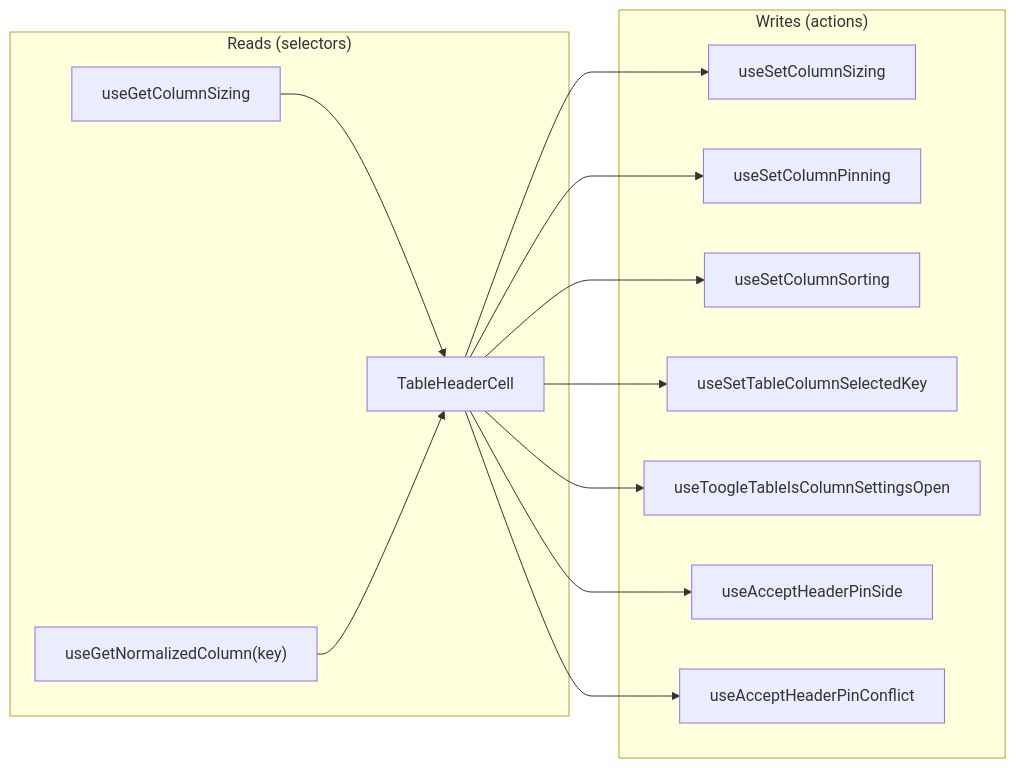
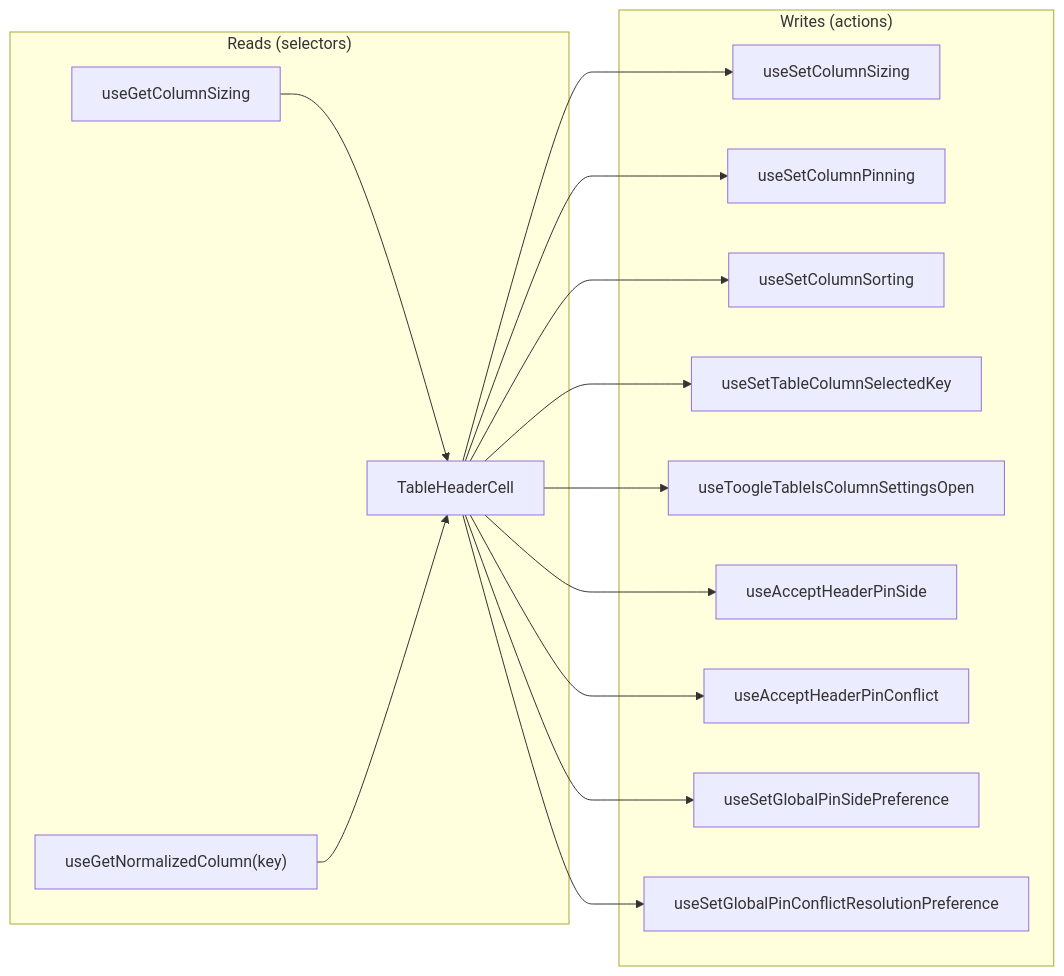
One commit to luciocabrera/lcabrera-stack changed the first of 3 diagrams in apps/react-router/src/components/Table/TableHeaderCell/ARCHITECTURE.md. Above: the diagram before and after it, drawn with Mermaid. The commit also changed other lines of this file and 47 other files, not shown here.

````diff
--- a/apps/react-router/src/components/Table/TableHeaderCell/ARCHITECTURE.md
+++ b/apps/react-router/src/components/Table/TableHeaderCell/ARCHITECTURE.md
@@ -38,19 +38,21 @@
 ```mermaid
 graph LR
   subgraph "Reads (selectors)"
     S1["useGetColumnSizing"] --> THC
     S2["useGetNormalizedColumn(key)"] --> THC
   end
 
   THC["TableHeaderCell"]
 
   subgraph "Writes (actions)"
     THC --> A1["useSetColumnSizing"]
     THC --> A2["useSetColumnPinning"]
     THC --> A3["useSetColumnSorting"]
     THC --> A4["useSetTableColumnSelectedKey"]
     THC --> A5["useToogleTableIsColumnSettingsOpen"]
     THC --> A6["useAcceptHeaderPinSide"]
     THC --> A7["useAcceptHeaderPinConflict"]
+    THC --> A8["useSetGlobalPinSidePreference"]
+    THC --> A9["useSetGlobalPinConflictResolutionPreference"]
   end
 ```
````
